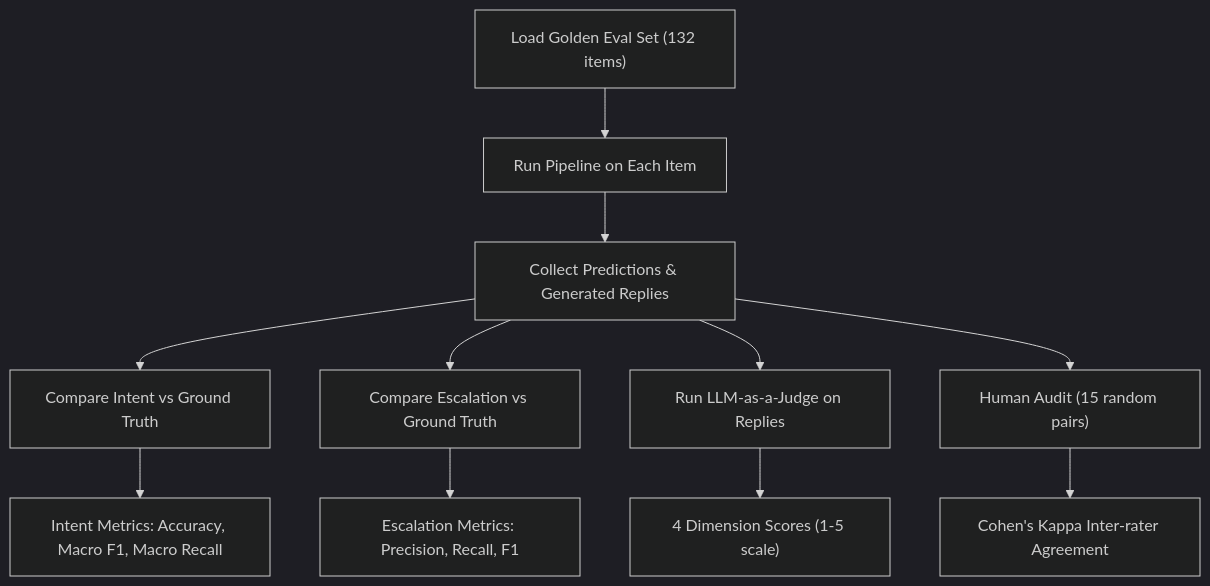
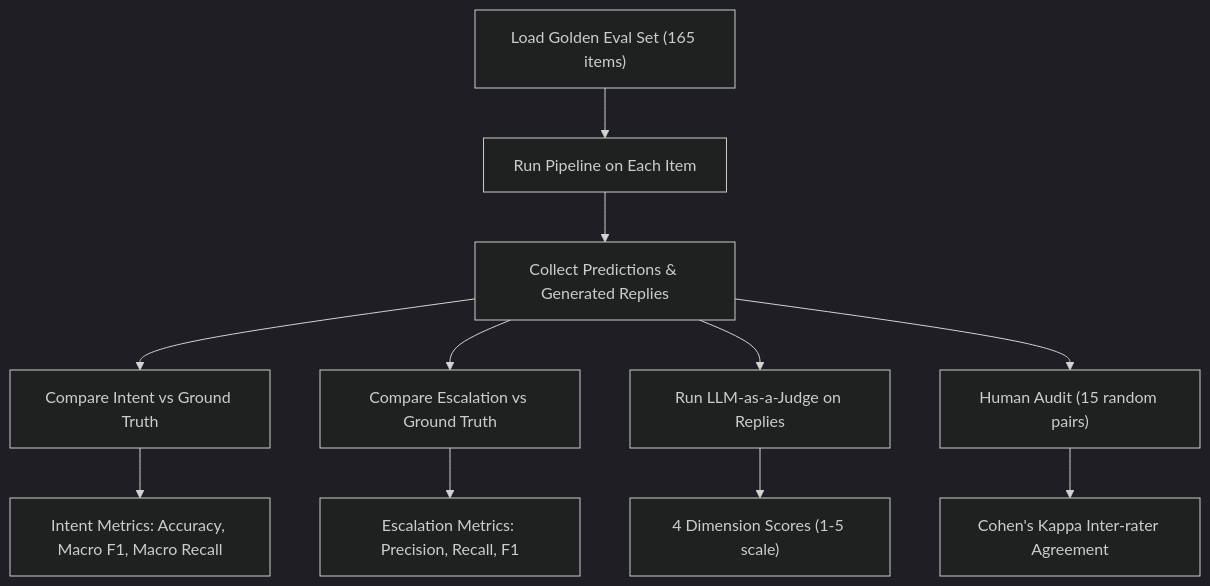
Before and after one commit to AdrishKarak/support-agent: the seventh of 8 diagrams in Diagram.md, drawn with Mermaid (dark theme). The commit also changed other lines of this file and 3 other files, not shown here.

Commit message:
docs: sync 165 golden eval set count across Architecture.md, Diagram.md, README.md, and REPORT.md

````diff
--- a/Diagram.md
+++ b/Diagram.md
@@ -188,17 +188,17 @@
 ```mermaid
 flowchart TD
-    LoadEval["Load Golden Eval Set (132 items)"] --> RunPipe["Run Pipeline on Each Item"]
+    LoadEval["Load Golden Eval Set (165 items)"] --> RunPipe["Run Pipeline on Each Item"]
     RunPipe --> Collect["Collect Predictions & Generated Replies"]
     
     Collect --> CompareIntent["Compare Intent vs Ground Truth"]
     CompareIntent --> MetricsIntent["Intent Metrics: Accuracy, Macro F1, Macro Recall"]
     
     Collect --> CompareEsc["Compare Escalation vs Ground Truth"]
     CompareEsc --> MetricsEsc["Escalation Metrics: Precision, Recall, F1"]
     
     Collect --> LLMJudge["Run LLM-as-a-Judge on Replies"]
     LLMJudge --> JudgeScores["4 Dimension Scores (1-5 scale)"]
     
     Collect --> HumanAudit["Human Audit (15 random pairs)"]
     HumanAudit --> CohenKappa["Cohen's Kappa Inter-rater Agreement"]
 ```
````
